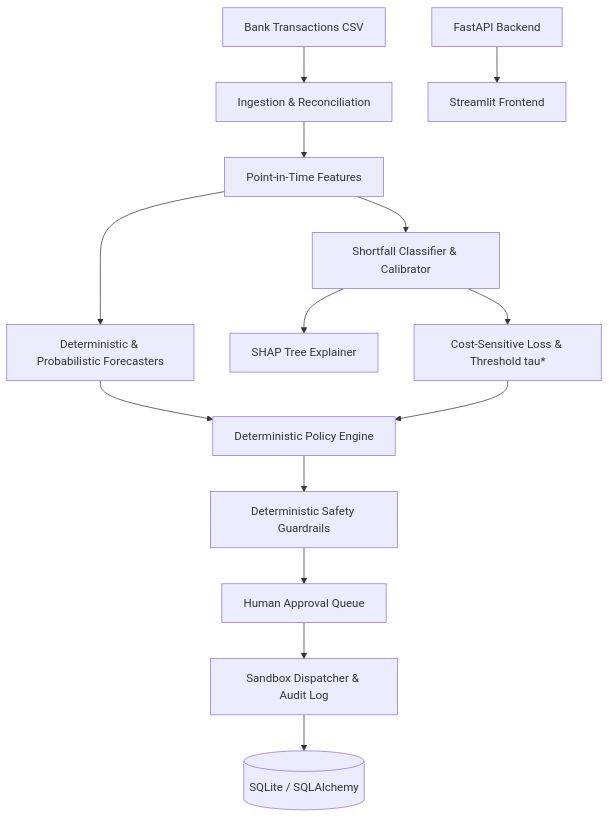
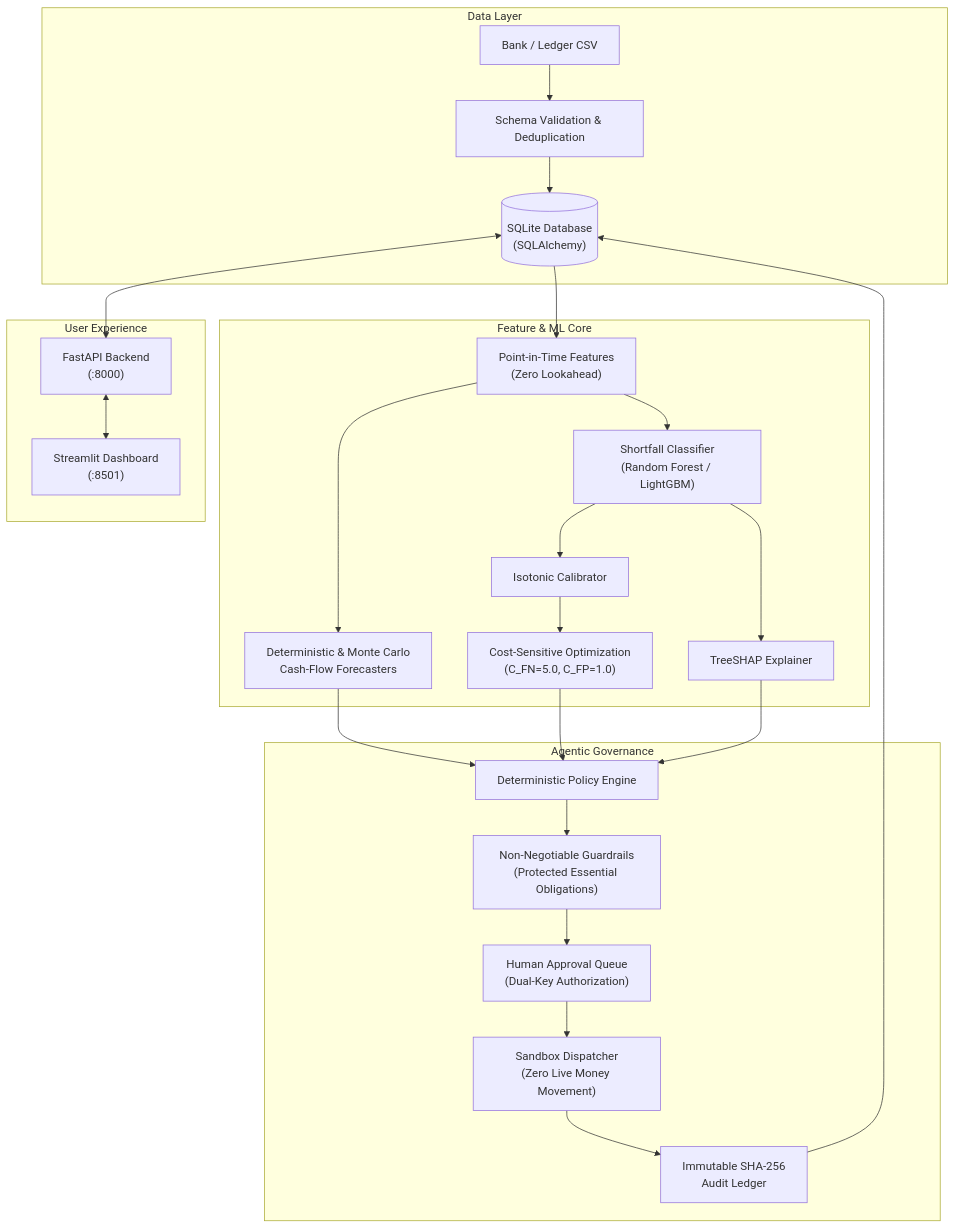
Before and after one commit to r-shafi/quick-fermi: the diagram in README.md, drawn with Mermaid. The commit also changed other lines of this file and 1 other file, not shown here.

Commit message:
docs: update README and benchmark report with 17-section dashboard and 72 passed tests

````diff
--- a/README.md
+++ b/README.md
@@ -51,16 +44,33 @@
 ```mermaid
-graph TD
-    CSV[Bank Transactions CSV] --> INGEST[Ingestion & Reconciliation]
-    INGEST --> FEAT[Point-in-Time Features]
-    FEAT --> FORECAST[Deterministic & Probabilistic Forecasters]
-    FEAT --> ML[Shortfall Classifier & Calibrator]
-    ML --> SHAP[SHAP Tree Explainer]
-    ML --> COST[Cost-Sensitive Loss & Threshold tau*]
-    FORECAST --> POLICY[Deterministic Policy Engine]
-    COST --> POLICY
-    POLICY --> GUARD[Deterministic Safety Guardrails]
-    GUARD --> APPROV[Human Approval Queue]
-    APPROV --> SANDBOX[Sandbox Dispatcher & Audit Log]
-    SANDBOX --> DB[(SQLite / SQLAlchemy)]
-    API[FastAPI Backend] --> UI[Streamlit Frontend]
+flowchart TD
+    subgraph Data Layer
+        CSV["Bank / Ledger CSV"] --> INGEST["Schema Validation & Deduplication"]
+        INGEST --> DB[("SQLite Database<br/>(SQLAlchemy)")]
+    end
+
+    subgraph Feature & ML Core
+        DB --> FEAT["Point-in-Time Features<br/>(Zero Lookahead)"]
+        FEAT --> FORECAST["Deterministic & Monte Carlo<br/>Cash-Flow Forecasters"]
+        FEAT --> CLF["Shortfall Classifier<br/>(Random Forest / LightGBM)"]
+        CLF --> CALIB["Isotonic Calibrator"]
+        CLF --> SHAP["TreeSHAP Explainer"]
+        CALIB --> COST["Cost-Sensitive Optimization<br/>(C_FN=5.0, C_FP=1.0)"]
+    end
+
+    subgraph Agentic Governance
+        FORECAST --> POLICY["Deterministic Policy Engine"]
+        COST --> POLICY
+        SHAP --> POLICY
+        POLICY --> GUARD["Non-Negotiable Guardrails<br/>(Protected Essential Obligations)"]
+        GUARD --> QUEUE["Human Approval Queue<br/>(Dual-Key Authorization)"]
+        QUEUE --> SANDBOX["Sandbox Dispatcher<br/>(Zero Live Money Movement)"]
+        SANDBOX --> AUDIT["Immutable SHA-256<br/>Audit Ledger"]
+    end
+
+    subgraph User Experience
+        API["FastAPI Backend<br/>(:8000)"] <--> UI["Streamlit Dashboard<br/>(:8501)"]
+    end
+
+    DB <--> API
+    AUDIT --> DB
 ```
````
